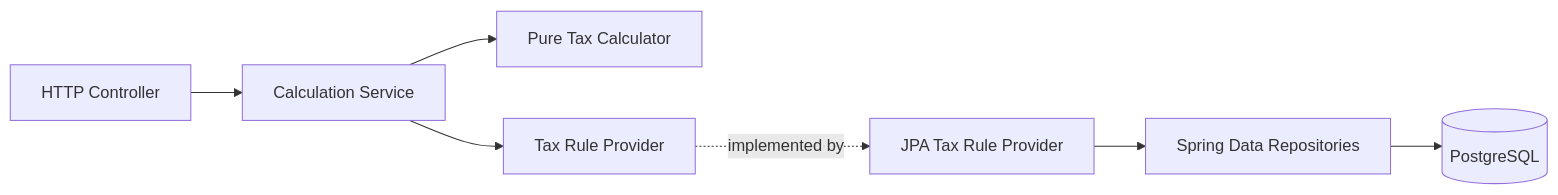
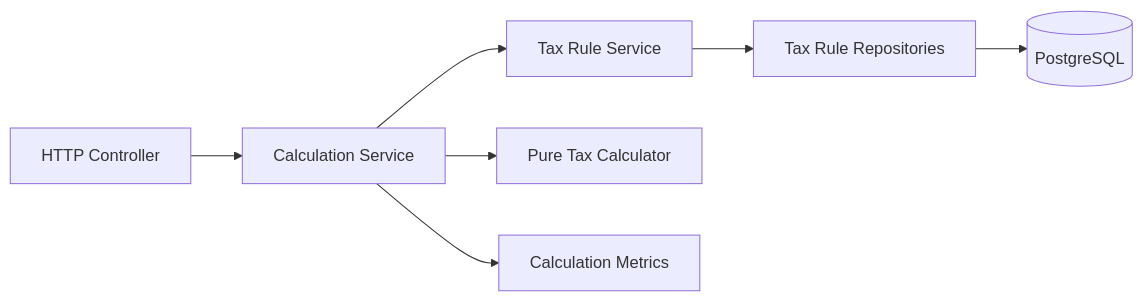
The diagram in docs/design/architecture.md (igrgin/congestion-tax-calculator), drawn with Mermaid before and after one commit. The commit also changed other lines of this file and 83 other files, not shown here.

````diff
--- a/docs/design/architecture.md
+++ b/docs/design/architecture.md
@@ -7,9 +7,11 @@
 ```mermaid
 flowchart LR
     API["HTTP Controller"] --> APP["Calculation Service"]
+    APP --> RULE["Tax Rule Service"]
     APP --> CALC["Pure Tax Calculator"]
-    APP --> PORT["Tax Rule Provider"]
-    PORT -. "implemented by" .-> JPA["JPA Tax Rule Provider"]
-    JPA --> REPO["Spring Data Repositories"]
-    REPO --> DB[("PostgreSQL")]
+    APP --> METRICS["Calculation Metrics"]
+
+    RULE --> RULE_REPO["Tax Rule Repositories"]
+
+    RULE_REPO --> DB[("PostgreSQL")]
 ```
````
